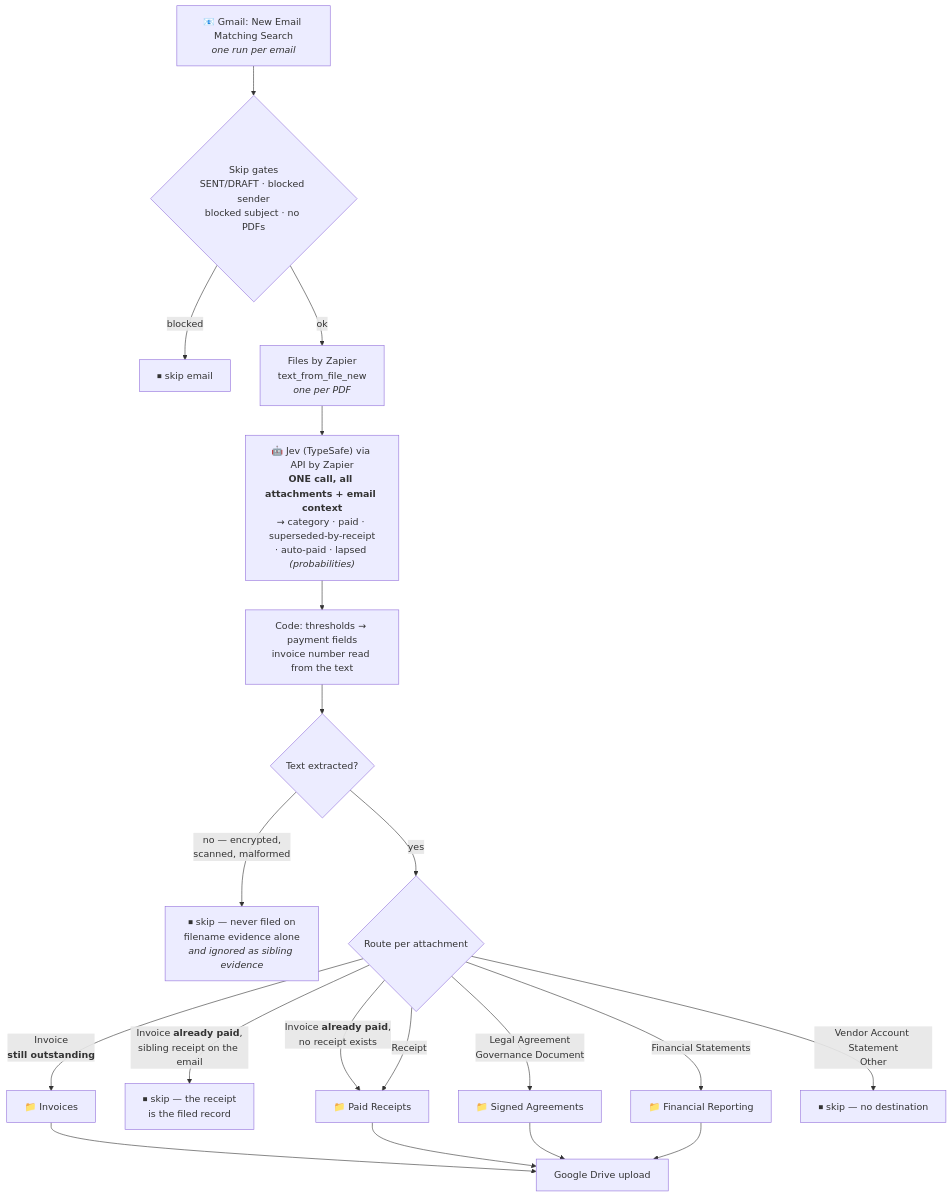
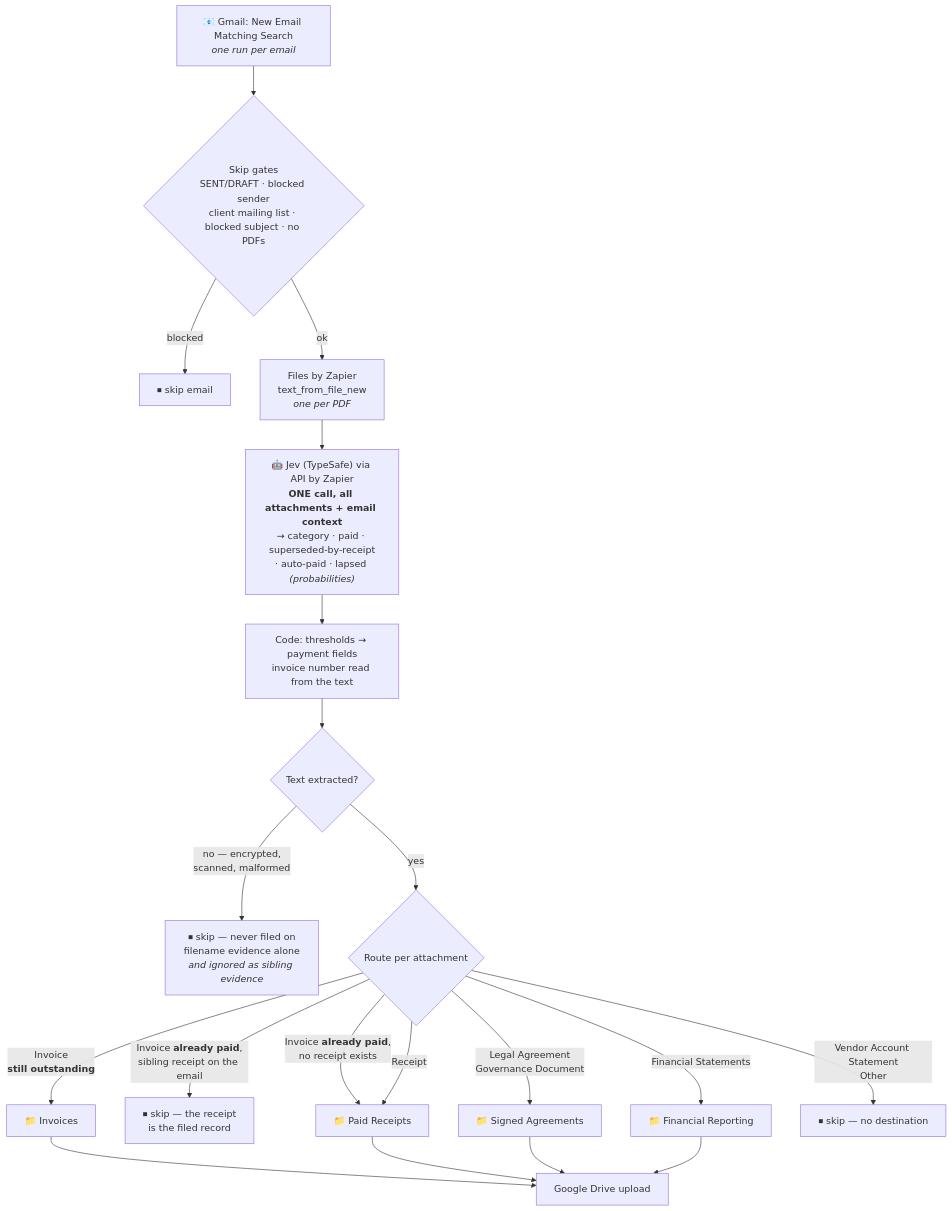
Before and after one commit to work-flowers/zapier-sdk: the diagram in gmail-attachments-to-drive-by-type/README.md, drawn with Mermaid. The commit also changed other lines of this file and 4 other files, not shown here.

First line of the commit message:
gmail-attachments-to-drive-by-type: skip Knoxx procurement group mail

````diff
--- a/gmail-attachments-to-drive-by-type/README.md
+++ b/gmail-attachments-to-drive-by-type/README.md
@@ -37,24 +39,24 @@
 ```mermaid
 flowchart TD
-    T["📧 Gmail: New Email Matching Search<br/><i>one run per email</i>"] --> G{"Skip gates<br/>SENT/DRAFT · blocked sender<br/>blocked subject · no PDFs"}
+    T["📧 Gmail: New Email Matching Search<br/><i>one run per email</i>"] --> G{"Skip gates<br/>SENT/DRAFT · blocked sender<br/>client mailing list · blocked subject · no PDFs"}
     G -- blocked --> X["⏹ skip email"]
     G -- ok --> E["Files by Zapier<br/>text_from_file_new<br/><i>one per PDF</i>"]
     E --> AI["🤖 Jev (TypeSafe) via API by Zapier<br/><b>ONE call, all attachments + email context</b><br/>→ category · paid · superseded-by-receipt<br/>· auto-paid · lapsed <i>(probabilities)</i>"]
     AI --> N["Code: thresholds → payment fields<br/>invoice number read from the text"]
     N --> RD{"Text extracted?"}
     RD -- "no — encrypted,<br/>scanned, malformed" --> S0["⏹ skip — never filed on<br/>filename evidence alone<br/><i>and ignored as sibling evidence</i>"]
     RD -- yes --> R{"Route per attachment"}
 
     R -- "Invoice<br/><b>still outstanding</b>" --> INV["📁 Invoices"]
     R -- "Invoice <b>already paid</b>,<br/>sibling receipt on the email" --> S1["⏹ skip — the receipt<br/>is the filed record"]
     R -- "Invoice <b>already paid</b>,<br/>no receipt exists" --> REC
     R -- Receipt --> REC["📁 Paid Receipts"]
     R -- "Legal Agreement<br/>Governance Document" --> AGR["📁 Signed Agreements"]
     R -- "Financial Statements" --> FIN["📁 Financial Reporting"]
     R -- "Vendor Account Statement<br/>Other" --> S2["⏹ skip — no destination"]
 
     INV --> U["Google Drive upload"]
     REC --> U
     AGR --> U
     FIN --> U
 ```
````
